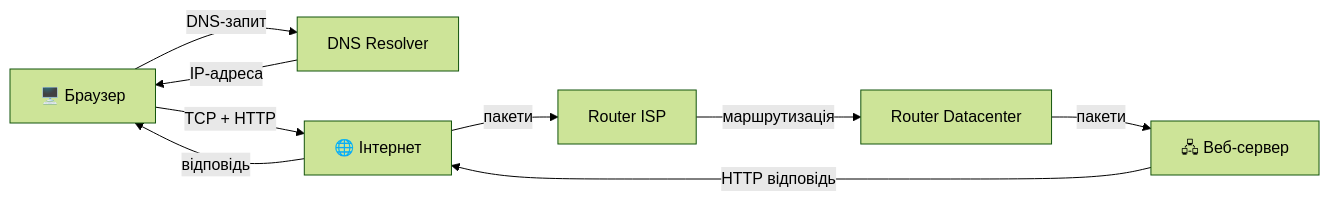
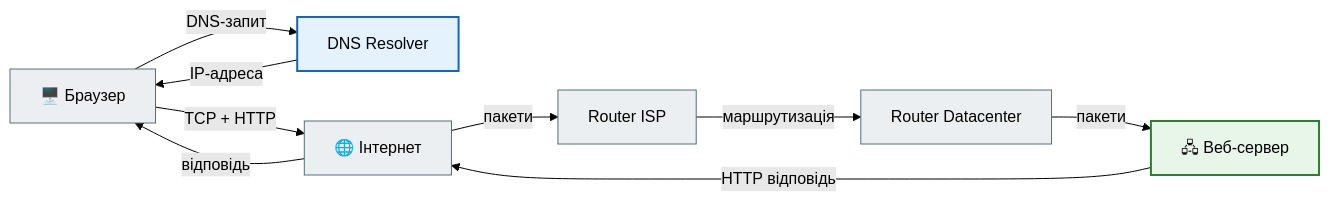
One commit to NikoriakViktot/notes_chat_app changed the first of 12 diagrams in docs/01_web_foundations/network_mermaid_full.md. Above: the diagram before and after it, drawn with Mermaid (forest theme). The commit also changed other lines of this file and 441 other files, not shown here.

First line of the commit message:
Add English version of the book, Mermaid standard, docs fixes

````diff
--- a/docs/01_web_foundations/network_mermaid_full.md
+++ b/docs/01_web_foundations/network_mermaid_full.md
@@ -10,11 +10,19 @@
 ```mermaid
 graph LR
     A[🖥️ Браузер] -->|DNS-запит| B[DNS Resolver]
     B -->|IP-адреса| A
     A -->|TCP + HTTP| C[🌐 Інтернет]
     C -->|пакети| D[Router ISP]
     D -->|маршрутизація| E[Router Datacenter]
     E -->|пакети| F[🖧 Веб-сервер]
     F -->|HTTP відповідь| C
     C -->|відповідь| A
+
+    classDef step     fill:#eceff1,stroke:#546e7a,stroke-width:1px;
+    classDef decision fill:#e3f2fd,stroke:#1565c0,stroke-width:2px;
+    classDef success  fill:#e8f5e9,stroke:#2e7d32,stroke-width:2px;
+
+    class A,C,D,E step;
+    class B decision;
+    class F success;
 ```
````
